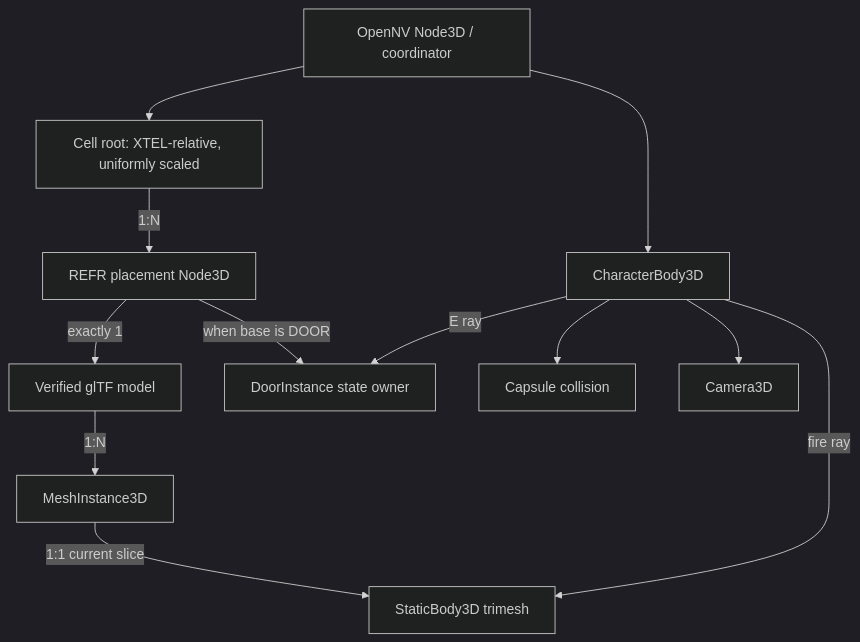
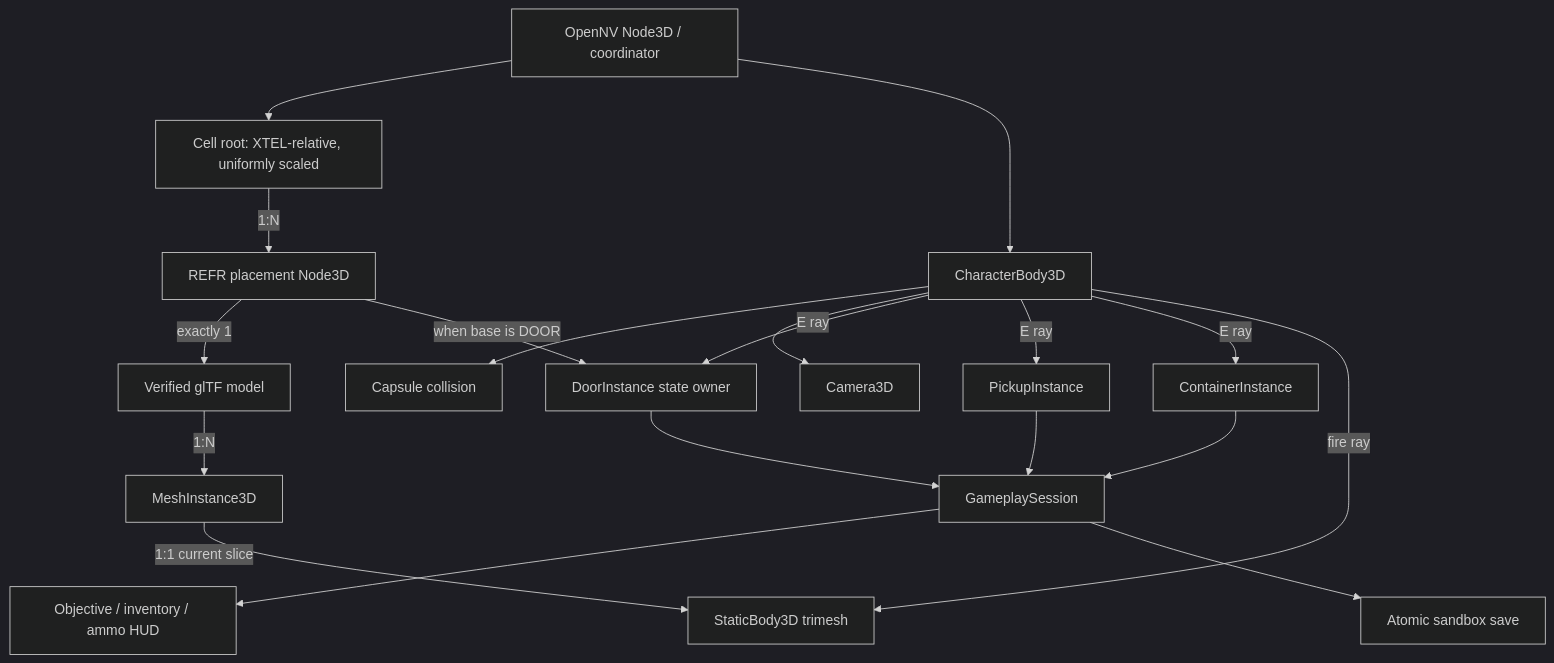
One commit to nikamigaming-create/OpenNV changed the second of 4 diagrams in docs/architecture.md. Above: the diagram before and after it, drawn with Mermaid (dark theme). The commit also changed other lines of this file and 28 other files, not shown here.

````diff
--- a/docs/architecture.md
+++ b/docs/architecture.md
@@ -28,15 +28,22 @@
 ```mermaid
 flowchart TD
     Runtime[OpenNV Node3D / coordinator]
     Runtime --> CellRoot[Cell root: XTEL-relative, uniformly scaled]
     CellRoot -->|1:N| Placement[REFR placement Node3D]
     Placement -->|exactly 1| Model[Verified glTF model]
     Model -->|1:N| Mesh[MeshInstance3D]
     Mesh -->|1:1 current slice| Collision[StaticBody3D trimesh]
     Placement -->|when base is DOOR| Door[DoorInstance state owner]
     Runtime --> Player[CharacterBody3D]
     Player --> Capsule[Capsule collision]
     Player --> Camera[Camera3D]
     Player -->|E ray| Door
+    Player -->|E ray| Pickup[PickupInstance]
+    Player -->|E ray| Container[ContainerInstance]
     Player -->|fire ray| Collision
+    Pickup --> Session[GameplaySession]
+    Container --> Session
+    Door --> Session
+    Session --> Hud[Objective / inventory / ammo HUD]
+    Session --> Save[Atomic sandbox save]
 ```
````
